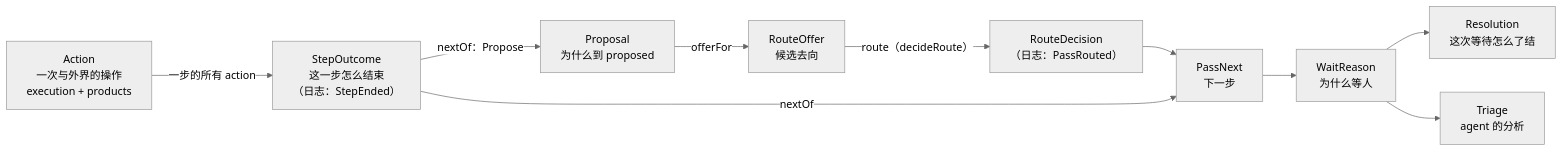
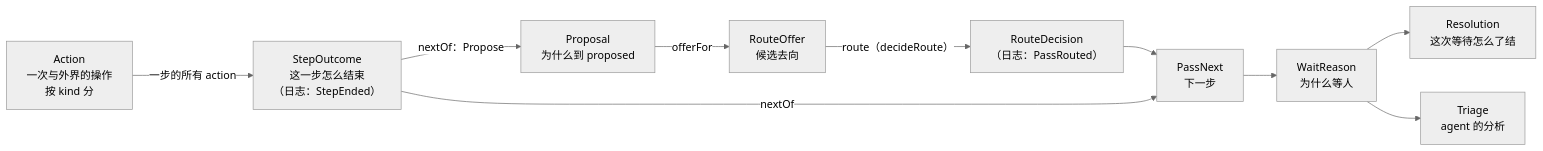
Before and after one commit to steven-zhc/lingtai: the diagram in doc/design/types.zh.md, drawn with Mermaid (neutral theme). The commit also changed other lines of this file, not shown here.

First line of the commit message:
docs(design): an action is a union by kind, route stores only its choice, and a wait is resolved by its own id

````diff
--- a/doc/design/types.zh.md
+++ b/doc/design/types.zh.md
@@ -17,12 +17,12 @@
 ```mermaid
 flowchart LR
-  X["Action<br/>一次与外界的操作<br/>execution + products"] -->|"一步的所有 action"| A["StepOutcome<br/>这一步怎么结束<br/>（日志：StepEnded）"]
+  X["Action<br/>一次与外界的操作<br/>按 kind 分"] -->|"一步的所有 action"| A["StepOutcome<br/>这一步怎么结束<br/>（日志：StepEnded）"]
   A -->|"nextOf：Propose"| B["Proposal<br/>为什么到 proposed"]
   B -->|offerFor| O["RouteOffer<br/>候选去向"]
   O -->|"route（decideRoute）"| R["RouteDecision<br/>（日志：PassRouted）"]
   R --> D["PassNext<br/>下一步"]
   A -->|nextOf| D
   D --> E["WaitReason<br/>为什么等人"]
   E --> F["Resolution<br/>这次等待怎么了结"]
   E --> G["Triage<br/>agent 的分析"]
 ```
````
